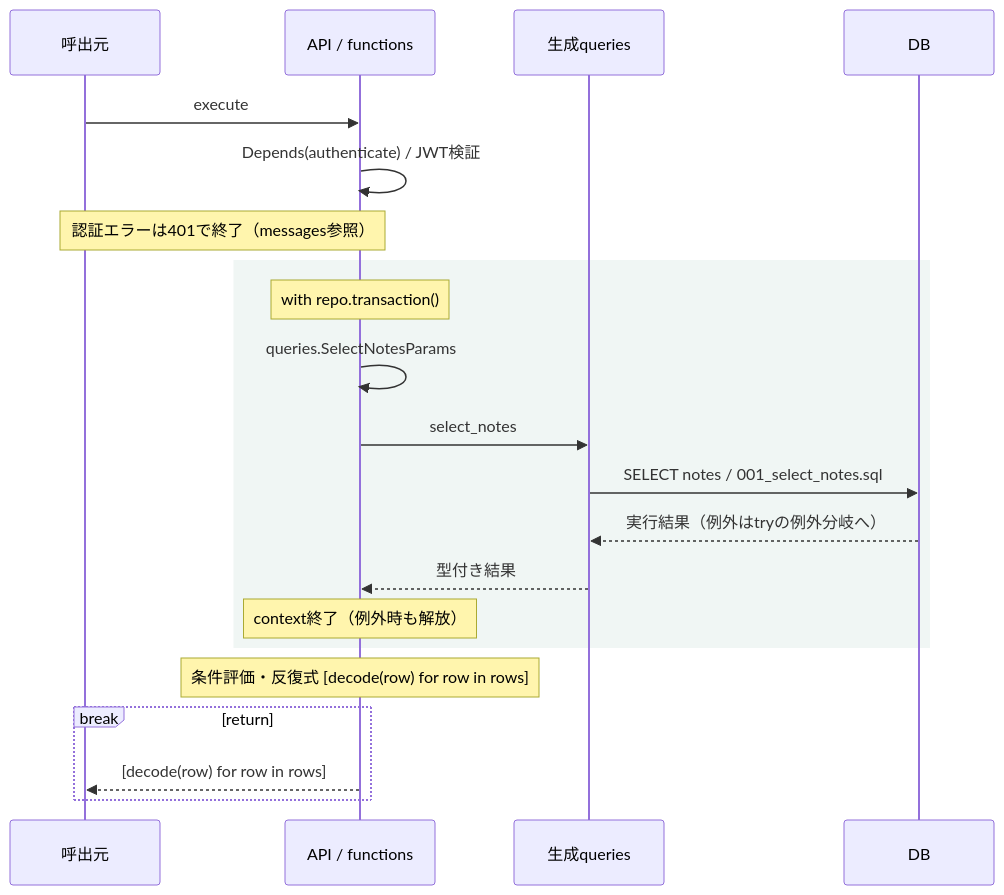
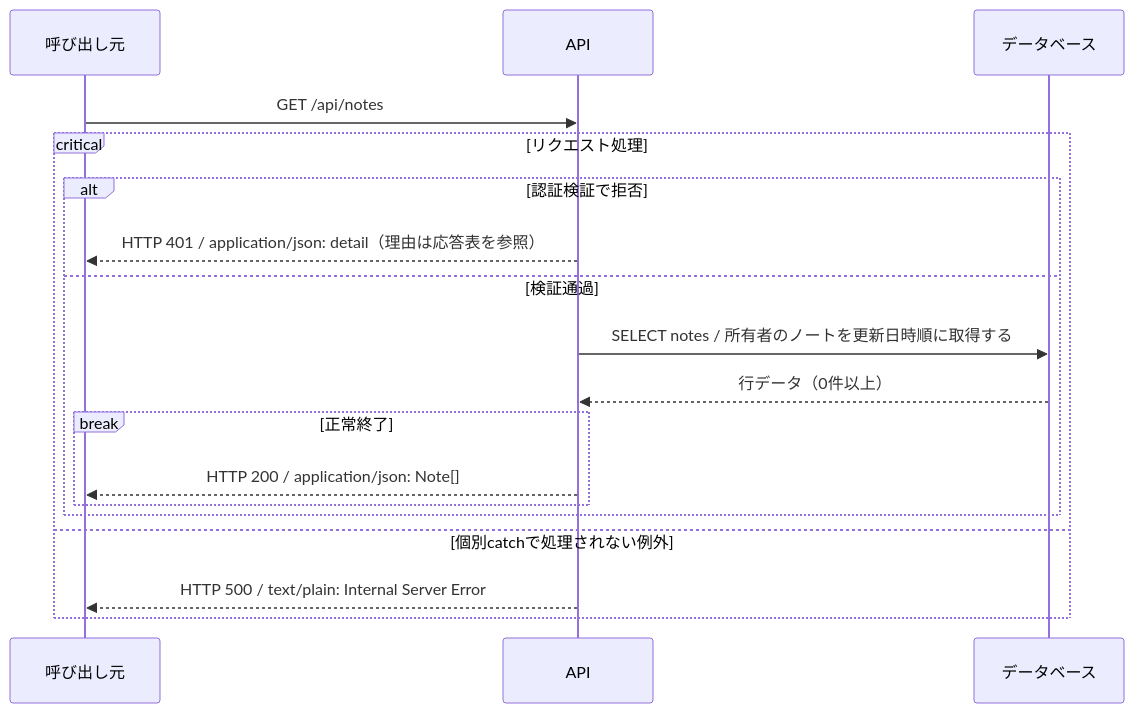
One commit to tsuji-tomonori/CornellNoteWebv2 changed the diagram in docs/generated/apis/list_notes/sequence.gen.md. Above: the diagram before and after it, drawn with Mermaid. The commit also changed other lines of this file and 30 other files, not shown here.

First line of the commit message:
📝 docs(sequence): API・DB・呼出元の分岐とHTTP応答を明確にする

````diff
--- a/docs/generated/apis/list_notes/sequence.gen.md
+++ b/docs/generated/apis/list_notes/sequence.gen.md
@@ -13,23 +21,20 @@
 ```mermaid
 sequenceDiagram
-    participant C as 呼出元
-    participant A as API / functions
-    participant Q as 生成queries
-    participant D as DB
-    C->>A: execute
-    A->>A: Depends(authenticate) / JWT検証
-    Note over C,A: 認証エラーは401で終了（messages参照）
-    rect rgb(240, 246, 244)
-    Note over A: with repo.transaction()
-    A->>A: queries.SelectNotesParams
-    A->>Q: select_notes
-    Q->>D: SELECT notes / 001_select_notes.sql
-    D-->>Q: 実行結果（例外はtryの例外分岐へ）
-    Q-->>A: 型付き結果
-    Note over A: context終了（例外時も解放）
+    participant C as 呼び出し元
+    participant A as API
+    participant D as データベース
+    C->>A: GET /api/notes
+    critical リクエスト処理
+    alt 認証検証で拒否
+    A-->>C: HTTP 401 / application/json: detail（理由は応答表を参照）
+    else 検証通過
+    A->>D: SELECT notes / 所有者のノートを更新日時順に取得する
+    D-->>A: 行データ（0件以上）
+    break 正常終了
+    A-->>C: HTTP 200 / application/json: Note[]
     end
-    Note over A: 条件評価・反復式 [decode(row) for row in rows]
-    break return
-    A-->>C: [decode(row) for row in rows]
+    end
+    option 個別catchで処理されない例外
+    A-->>C: HTTP 500 / text/plain: Internal Server Error
     end
 ```
````
